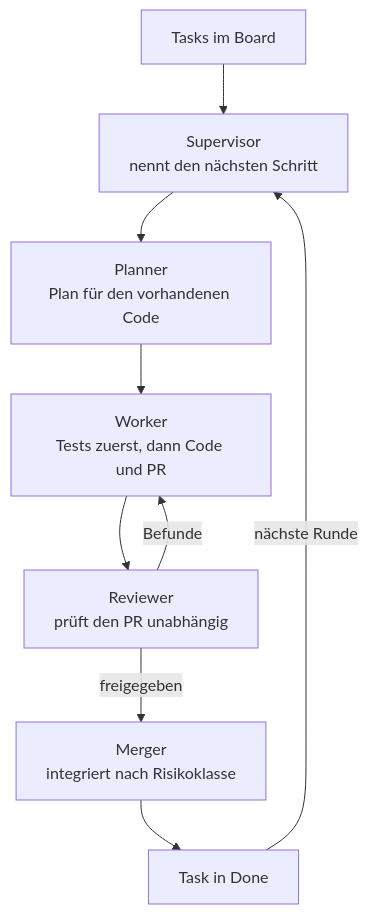
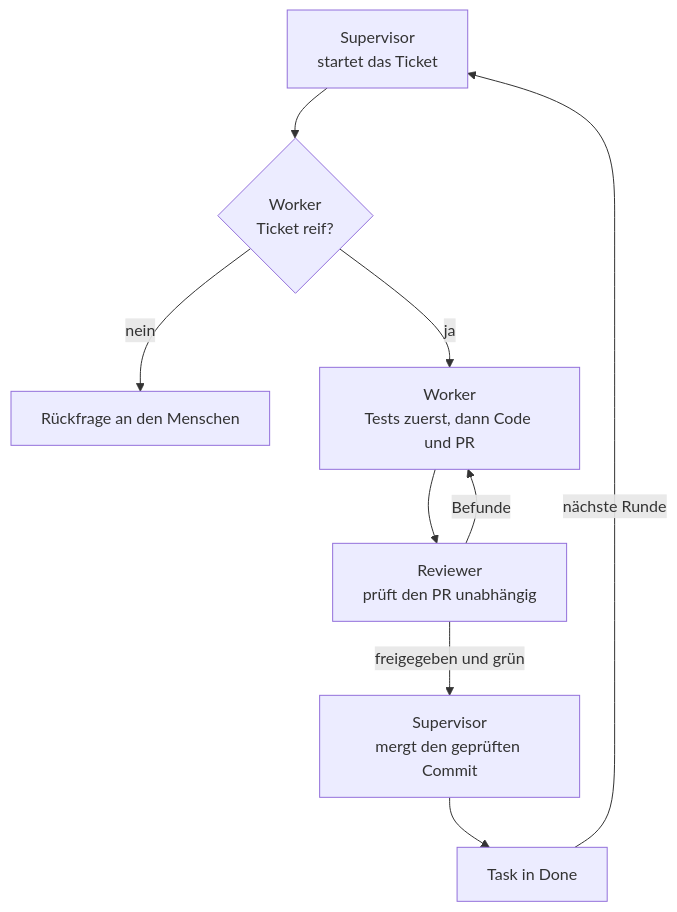
One commit to alexwenzel/ccmas changed the second of 2 diagrams in README.md. Above: the diagram before and after it, drawn with Mermaid. The commit also changed other lines of this file and 39 other files, not shown here.

First line of the commit message:
Vereinfachung: vier Rollen, Worker besitzt das Ticket bis zum Merge, Supervisor mergt

````diff
--- a/README.md
+++ b/README.md
@@ -22,11 +24,11 @@
 ```mermaid
 flowchart TD
-    T[Tasks im Board] --> S[Supervisor<br/>nennt den nächsten Schritt]
-    S --> PL[Planner<br/>Plan für den vorhandenen Code]
-    PL --> W[Worker<br/>Tests zuerst, dann Code und PR]
+    S[Supervisor<br/>startet das Ticket] --> R{Worker<br/>Ticket reif?}
+    R -->|nein| Q[Rückfrage an den Menschen]
+    R -->|ja| W[Worker<br/>Tests zuerst, dann Code und PR]
     W --> RV[Reviewer<br/>prüft den PR unabhängig]
     RV -->|Befunde| W
-    RV -->|freigegeben| MG[Merger<br/>integriert nach Risikoklasse]
+    RV -->|freigegeben und grün| MG[Supervisor<br/>mergt den geprüften Commit]
     MG --> D[Task in Done]
     D -->|nächste Runde| S
 ```
````
